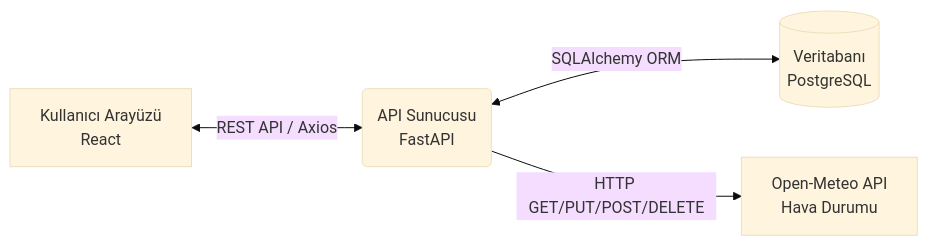
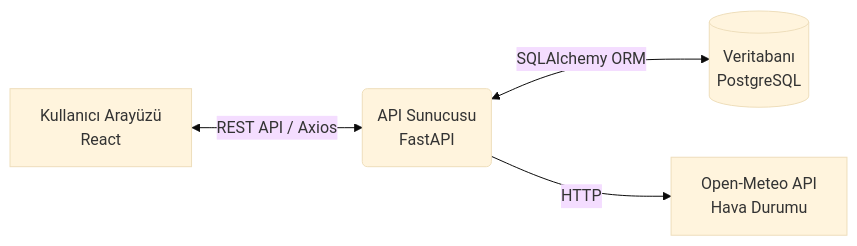
One commit to emirercan3459/hangar-lojistik-sistemi changed the first of 2 diagrams in README.md. Above: the diagram before and after it, drawn with Mermaid (base theme).

````diff
--- a/README.md
+++ b/README.md
@@ -33,6 +33,6 @@
 ```mermaid
 graph LR
     A[Kullanıcı Arayüzü<br>React] <-->|REST API / Axios| B(API Sunucusu<br>FastAPI)
     B <-->|SQLAlchemy ORM| C[(Veritabanı<br>PostgreSQL)]
-    B -->|HTTP GET/PUT/POST/DELETE| D[Open-Meteo API<br>Hava Durumu]
+    B -->|HTTP| D[Open-Meteo API<br>Hava Durumu]
 ```
````
